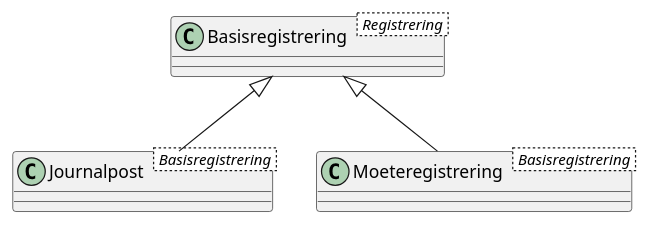
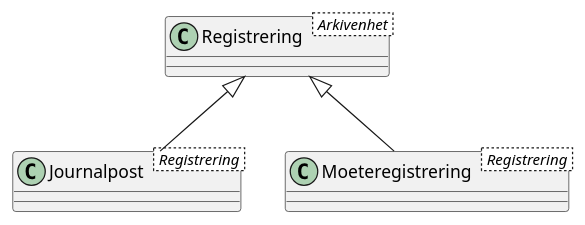
One commit to arkivverket/noark5-tjenestegrensesnitt-standard changed the diagram in kapitler/media/uml-generalisering-brukt-med-klasser.puml. Above: the diagram before and after it, drawn with PlantUML. The commit also changed 10 other files, not shown here.

First line of the commit message:
Slå sammen Registrering og Basisregistrering til Registrering

```diff
--- a/kapitler/media/uml-generalisering-brukt-med-klasser.puml
+++ b/kapitler/media/uml-generalisering-brukt-med-klasser.puml
@@ -1,8 +1,8 @@
 @startuml
 'FIXME dropped caption "class Fig04_Generalisering"
-class Basisregistrering < Registrering >
-class Journalpost < Basisregistrering >
-class Moeteregistrering < Basisregistrering >
-Basisregistrering <|-- Journalpost
-Basisregistrering <|-- Moeteregistrering
+class Registrering < Arkivenhet >
+class Journalpost < Registrering >
+class Moeteregistrering < Registrering >
+Registrering <|-- Journalpost
+Registrering <|-- Moeteregistrering
 @enduml
```
